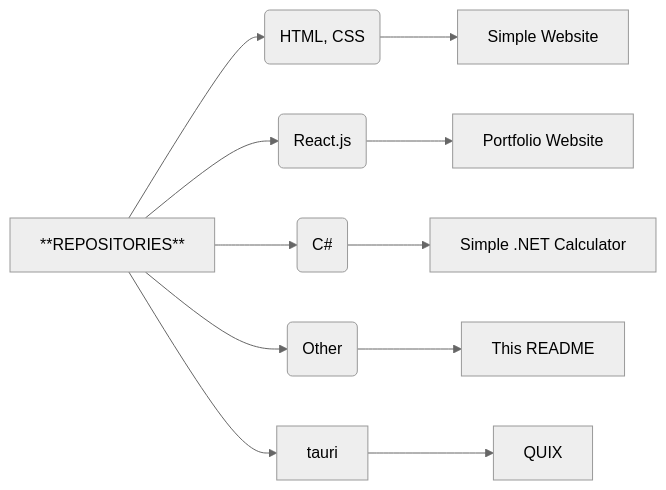
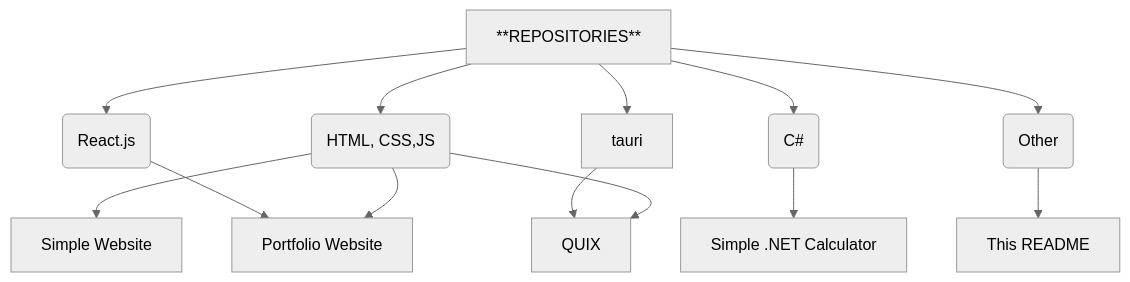
The diagram in README.mkd (ABHIJEETH-V-N/ABHIJEETH-V-N), drawn with Mermaid (neutral theme) before and after one commit.

````diff
--- a/README.mkd
+++ b/README.mkd
@@ -19,14 +19,15 @@
 ```mermaid        
-flowchart LR
-  
-        markdown["**REPOSITORIES**"] --> A(HTML, CSS)
-        A --> re1[Simple Website]
-        markdown --> B(React.js)
-        B --> re2[Portfolio Website]
-        markdown --> D(C#)
-        D --> re3[Simple .NET Calculator]
-        markdown --> E(Other)
-        E --> ThisReadme[This README]
+flowchart TD
+markdown["**REPOSITORIES**"] --> A(HTML, CSS,JS)
+A --> re1[Simple Website]
+markdown --> B(React.js)
+B --> re2[Portfolio Website]
+A-->re2
+markdown --> D(C#)
+D --> re3[Simple .NET Calculator]
+markdown --> E(Other)
+E --> ThisReadme[This README]
 markdown-->F[tauri]
 F-->QUIX
+A-->QUIX
 ```
````
